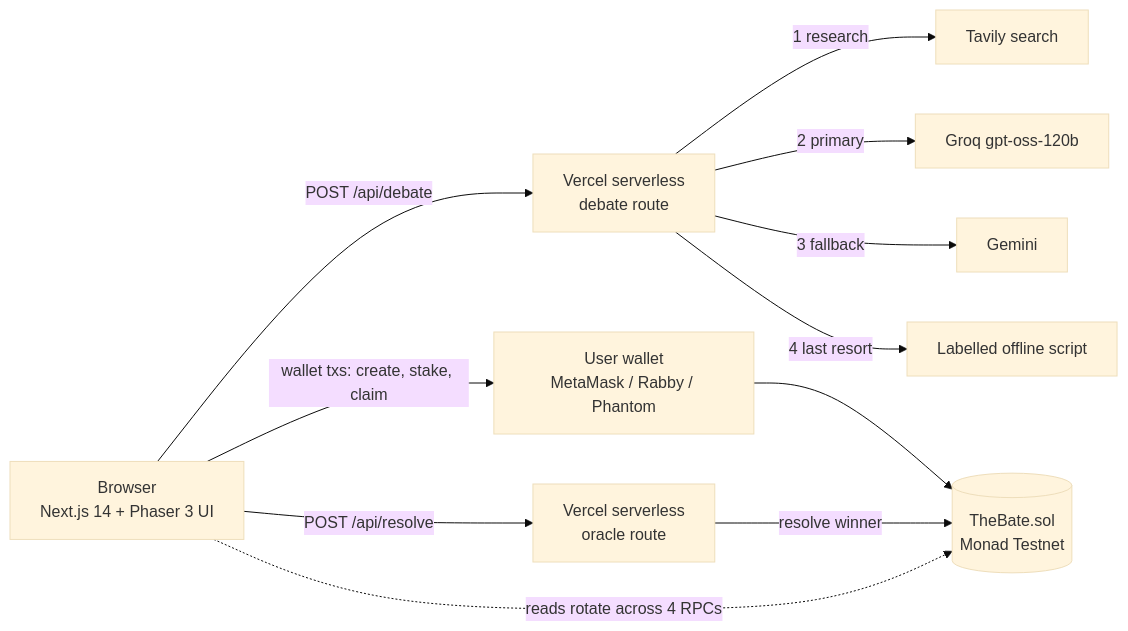
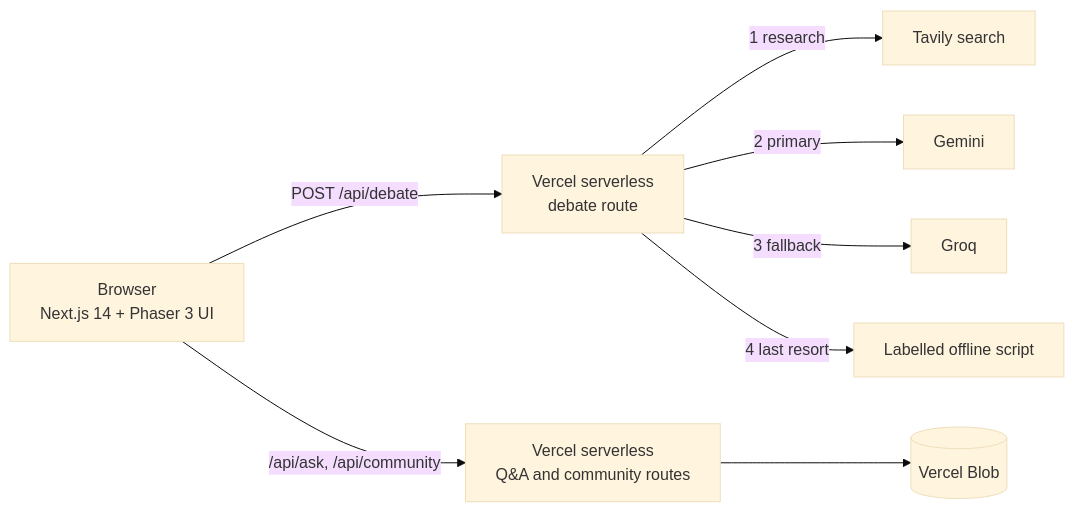
One commit to Mrun25/TheBate changed the diagram in README.md. Above: the diagram before and after it, drawn with Mermaid (base theme). The commit also changed other lines of this file and 19 other files, not shown here.

````diff
--- a/README.md
+++ b/README.md
@@ -98,13 +57,10 @@
 ```mermaid
 flowchart LR
   U[Browser<br/>Next.js 14 + Phaser 3 UI] -->|POST /api/debate| D[Vercel serverless<br/>debate route]
   D -->|1 research| T[Tavily search]
-  D -->|2 primary| G[Groq gpt-oss-120b]
-  D -->|3 fallback| M[Gemini]
+  D -->|2 primary| G[Gemini]
+  D -->|3 fallback| M[Groq]
   D -->|4 last resort| O[Labelled offline script]
-  U -->|wallet txs: create, stake, claim| W[User wallet<br/>MetaMask / Rabby / Phantom]
-  W --> C[(TheBate.sol<br/>Monad Testnet)]
-  U -->|POST /api/resolve| R[Vercel serverless<br/>oracle route]
-  R -->|resolve winner| C
-  U -.->|reads rotate across 4 RPCs| C
+  U -->|/api/ask, /api/community| S[Vercel serverless<br/>Q&A and community routes]
+  S --> B[(Vercel Blob)]
 ```
````
